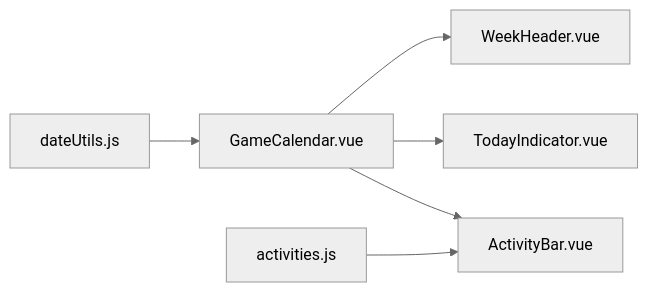
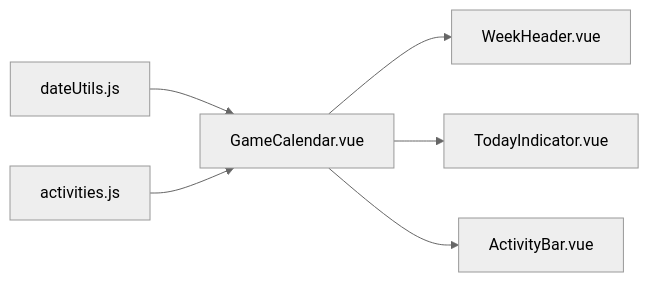
The seventh of 7 diagrams in .qoder/repowiki/zh/content/工具函数.md (xuanyulingnfeg/gameCalendar), drawn with Mermaid (neutral theme) before and after one commit. The commit also changed other lines of this file and 5 other files, not shown here.

````diff
--- a/.qoder/repowiki/zh/content/工具函数.md
+++ b/.qoder/repowiki/zh/content/工具函数.md
@@ -360,8 +293,8 @@
 ```mermaid
 graph LR
 Utils["dateUtils.js"] --> Calendar["GameCalendar.vue"]
 Calendar --> Header["WeekHeader.vue"]
 Calendar --> Indicator["TodayIndicator.vue"]
 Calendar --> Bar["ActivityBar.vue"]
-Config["activities.js"] --> Bar
+Config["activities.js"] --> Calendar
 ```
````
